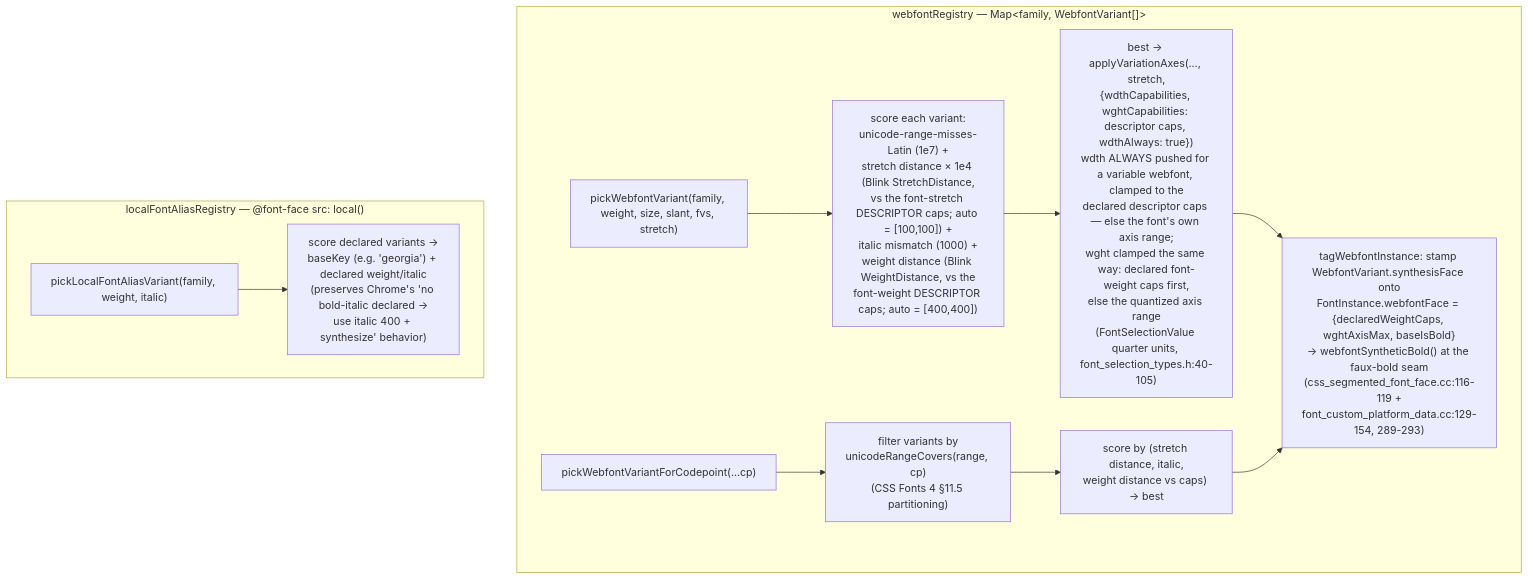
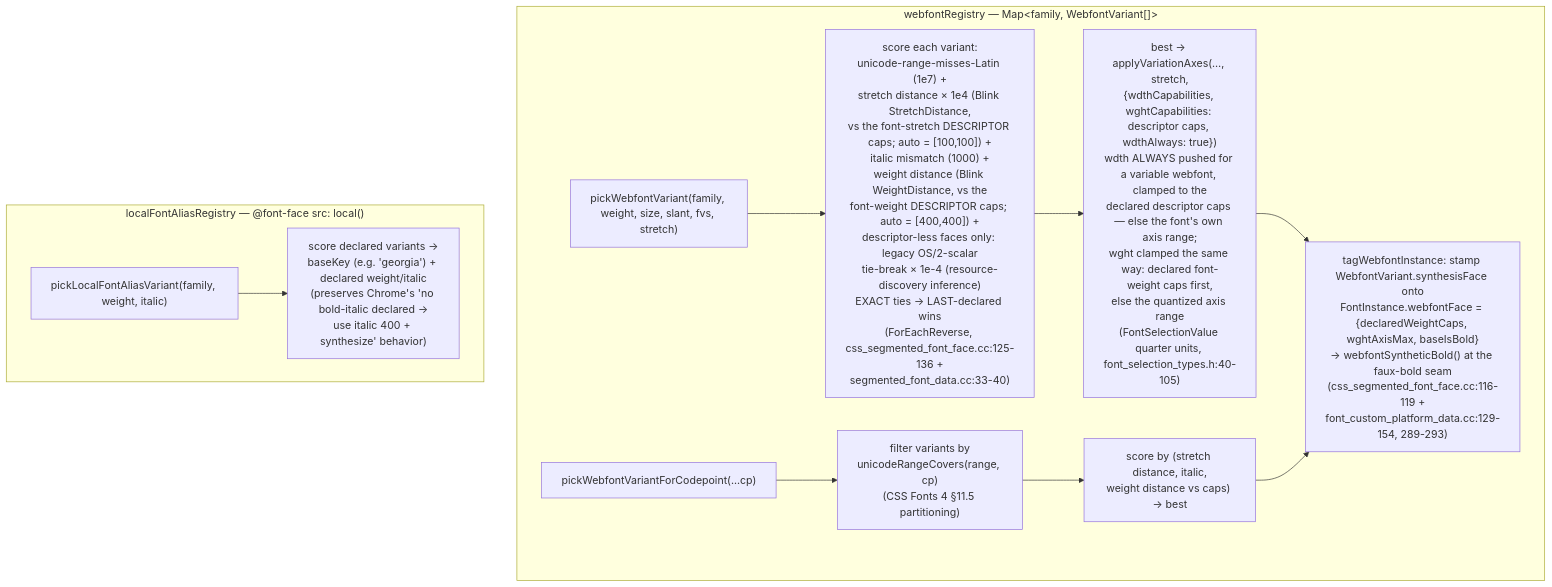
One commit to brianwestphal/domotion changed the fourth of 11 diagrams in docs/font-resolution-diagram.md. Above: the diagram before and after it, drawn with Mermaid. The commit also changed other lines of this file and 9 other files, not shown here.

First line of the commit message:
fix(fonts): remove four per-name pins that diverged from Blink's stack walk, and run the webfont tie-break in Blink's direction

````diff
--- a/docs/font-resolution-diagram.md
+++ b/docs/font-resolution-diagram.md
@@ -616,14 +619,14 @@
 ```mermaid
 flowchart TD
   subgraph WF["webfontRegistry — Map&lt;family, WebfontVariant[]&gt;"]
-    W0["pickWebfontVariant(family, weight, size, slant, fvs, stretch)"] --> W1["score each variant:<br/>unicode-range-misses-Latin (1e7) +<br/>stretch distance × 1e4 (Blink StretchDistance,<br/>vs the font-stretch DESCRIPTOR caps; auto = [100,100]) +<br/>italic mismatch (1000) +<br/>weight distance (Blink WeightDistance, vs the<br/>font-weight DESCRIPTOR caps; auto = [400,400])"]
+    W0["pickWebfontVariant(family, weight, size, slant, fvs, stretch)"] --> W1["score each variant:<br/>unicode-range-misses-Latin (1e7) +<br/>stretch distance × 1e4 (Blink StretchDistance,<br/>vs the font-stretch DESCRIPTOR caps; auto = [100,100]) +<br/>italic mismatch (1000) +<br/>weight distance (Blink WeightDistance, vs the<br/>font-weight DESCRIPTOR caps; auto = [400,400]) +<br/>descriptor-less faces only: legacy OS/2-scalar<br/>tie-break × 1e-4 (resource-discovery inference)<br/>EXACT ties → LAST-declared wins<br/>(ForEachReverse, css_segmented_font_face.cc:125-136 +<br/>segmented_font_data.cc:33-40)"]
     W1 --> W2["best → applyVariationAxes(…, stretch,<br/>{wdthCapabilities, wghtCapabilities: descriptor caps, wdthAlways: true})<br/>wdth ALWAYS pushed for a variable webfont, clamped to the<br/>declared descriptor caps — else the font's own axis range;<br/>wght clamped the same way: declared font-weight caps first,<br/>else the quantized axis range<br/>(FontSelectionValue quarter units, font_selection_types.h:40-105)"]
     W2 --> W3["tagWebfontInstance: stamp WebfontVariant.synthesisFace onto<br/>FontInstance.webfontFace = {declaredWeightCaps, wghtAxisMax, baseIsBold}<br/>→ webfontSyntheticBold() at the faux-bold seam<br/>(css_segmented_font_face.cc:116-119 +<br/>font_custom_platform_data.cc:129-154, 289-293)"]
     P0["pickWebfontVariantForCodepoint(...cp)"] --> P1["filter variants by<br/>unicodeRangeCovers(range, cp)<br/>(CSS Fonts 4 §11.5 partitioning)"]
     P1 --> P2["score by (stretch distance, italic,<br/>weight distance vs caps) → best"]
     P2 --> W3
   end
   subgraph LA["localFontAliasRegistry — @font-face src: local()"]
     LA0["pickLocalFontAliasVariant(family, weight, italic)"] --> LA1["score declared variants →<br/>baseKey (e.g. 'georgia') + declared weight/italic<br/>(preserves Chrome's 'no bold-italic declared →<br/>use italic 400 + synthesize' behavior)"]
   end
 ```
````
